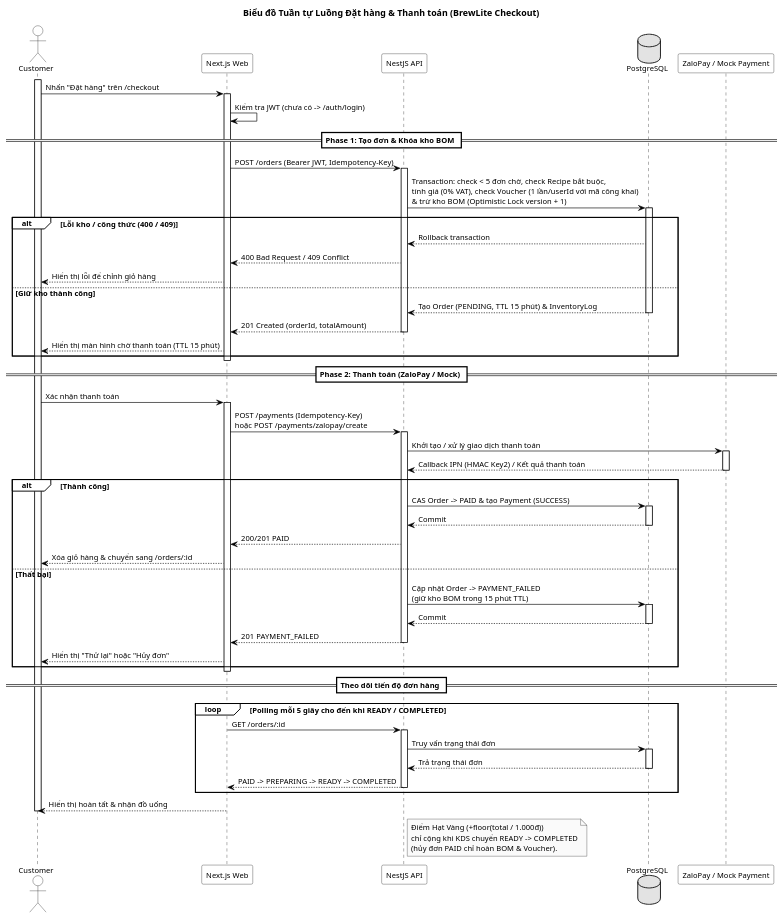
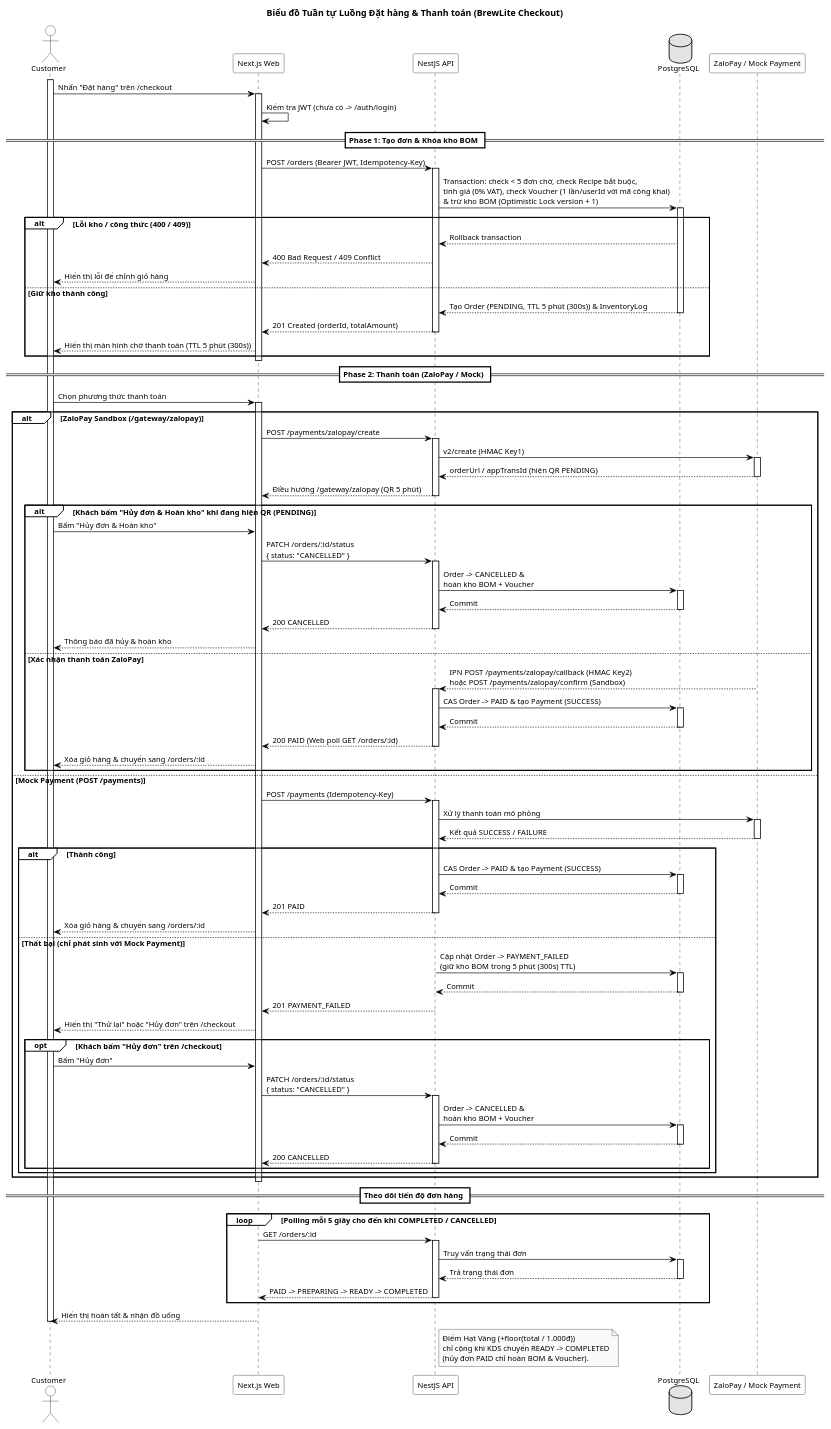
One commit to MaGiaVy/BrewLite_project changed the diagram in docs/diagrams/sequence-checkout.puml. Above: the diagram before and after it, drawn with PlantUML. The commit also changed 77 other files, not shown here.

Commit message:
fix(all): sync 5m TTL, state machine, ZaloPay cancel, voucher/admin fixes, UMLs & test logs

```diff
--- a/docs/diagrams/sequence-checkout.puml
+++ b/docs/diagrams/sequence-checkout.puml
@@ -1,109 +1,156 @@
 @startuml
 skinparam monochrome true
 skinparam shadowing false
 skinparam backgroundColor #FFFFFF
 skinparam defaultFontName "Arial"
 skinparam defaultFontSize 12
 skinparam ArrowColor #000000
 skinparam sequence {
   LifeLineBorderColor #000000
   LifeLineBorderThickness 1.5
   LifeLineBackgroundColor #FFFFFF
   ParticipantBorderColor #000000
   ParticipantBackgroundColor #FFFFFF
   ActorBorderColor #000000
   ActorBackgroundColor #FFFFFF
   DatabaseBorderColor #000000
   DatabaseBackgroundColor #FFFFFF
   GroupBorderColor #000000
   GroupBackgroundColor #FFFFFF
   GroupHeaderFontStyle bold
   DividerBackgroundColor #FFFFFF
   DividerBorderColor #000000
 }
 
 title Biểu đồ Tuần tự Luồng Đặt hàng & Thanh toán (BrewLite Checkout)
 
 actor "Customer" as Customer
 participant "Next.js Web" as Web
 participant "NestJS API" as API
 database "PostgreSQL" as DB
 participant "ZaloPay / Mock Payment" as Gateway
 
 activate Customer
 Customer -> Web : Nhấn "Đặt hàng" trên /checkout
 activate Web
 Web -> Web : Kiểm tra JWT (chưa có -> /auth/login)
 
 == Phase 1: Tạo đơn & Khóa kho BOM ==
 
 Web -> API : POST /orders (Bearer JWT, Idempotency-Key)
 activate API
 API -> DB : Transaction: check < 5 đơn chờ, check Recipe bắt buộc,\ntính giá (0% VAT), check Voucher (1 lần/userId với mã công khai)\n& trừ kho BOM (Optimistic Lock version + 1)
 activate DB
 
 alt Lỗi kho / công thức (400 / 409)
   DB --> API : Rollback transaction
   API --> Web : 400 Bad Request / 409 Conflict
   Web --> Customer : Hiển thị lỗi để chỉnh giỏ hàng
 else Giữ kho thành công
-  DB --> API : Tạo Order (PENDING, TTL 15 phút) & InventoryLog
+  DB --> API : Tạo Order (PENDING, TTL 5 phút (300s)) & InventoryLog
   deactivate DB
   API --> Web : 201 Created (orderId, totalAmount)
   deactivate API
-  Web --> Customer : Hiển thị màn hình chờ thanh toán (TTL 15 phút)
+  Web --> Customer : Hiển thị màn hình chờ thanh toán (TTL 5 phút (300s))
 end
 deactivate Web
 
 == Phase 2: Thanh toán (ZaloPay / Mock) ==
 
-Customer -> Web : Xác nhận thanh toán
+Customer -> Web : Chọn phương thức thanh toán
 activate Web
-Web -> API : POST /payments (Idempotency-Key)\nhoặc POST /payments/zalopay/create
-activate API
-API -> Gateway : Khởi tạo / xử lý giao dịch thanh toán
-activate Gateway
-Gateway --> API : Callback IPN (HMAC Key2) / Kết quả thanh toán
-deactivate Gateway
 
-alt Thành công
-  API -> DB : CAS Order -> PAID & tạo Payment (SUCCESS)
-  activate DB
-  DB --> API : Commit
-  deactivate DB
-  API --> Web : 200/201 PAID
-  Web --> Customer : Xóa giỏ hàng & chuyển sang /orders/:id
-else Thất bại
-  API -> DB : Cập nhật Order -> PAYMENT_FAILED\n(giữ kho BOM trong 15 phút TTL)
-  activate DB
-  DB --> API : Commit
-  deactivate DB
-  API --> Web : 201 PAYMENT_FAILED
+alt ZaloPay Sandbox (/gateway/zalopay)
+  Web -> API : POST /payments/zalopay/create
+  activate API
+  API -> Gateway : v2/create (HMAC Key1)
+  activate Gateway
+  Gateway --> API : orderUrl / appTransId (hiện QR PENDING)
+  deactivate Gateway
+  API --> Web : Điều hướng /gateway/zalopay (QR 5 phút)
   deactivate API
-  Web --> Customer : Hiển thị "Thử lại" hoặc "Hủy đơn"
+
+  alt Khách bấm "Hủy đơn & Hoàn kho" khi đang hiện QR (PENDING)
+    Customer -> Web : Bấm "Hủy đơn & Hoàn kho"
+    Web -> API : PATCH /orders/:id/status\n{ status: "CANCELLED" }
+    activate API
+    API -> DB : Order -> CANCELLED &\nhoàn kho BOM + Voucher
+    activate DB
+    DB --> API : Commit
+    deactivate DB
+    API --> Web : 200 CANCELLED
+    deactivate API
+    Web --> Customer : Thông báo đã hủy & hoàn kho
+  else Xác nhận thanh toán ZaloPay
+    Gateway --> API : IPN POST /payments/zalopay/callback (HMAC Key2)\nhoặc POST /payments/zalopay/confirm (Sandbox)
+    activate API
+    API -> DB : CAS Order -> PAID & tạo Payment (SUCCESS)
+    activate DB
+    DB --> API : Commit
+    deactivate DB
+    API --> Web : 200 PAID (Web poll GET /orders/:id)
+    deactivate API
+    Web --> Customer : Xóa giỏ hàng & chuyển sang /orders/:id
+  end
+else Mock Payment (POST /payments)
+  Web -> API : POST /payments (Idempotency-Key)
+  activate API
+  API -> Gateway : Xử lý thanh toán mô phỏng
+  activate Gateway
+  Gateway --> API : Kết quả SUCCESS / FAILURE
+  deactivate Gateway
+
+  alt Thành công
+    API -> DB : CAS Order -> PAID & tạo Payment (SUCCESS)
+    activate DB
+    DB --> API : Commit
+    deactivate DB
+    API --> Web : 201 PAID
+    deactivate API
+    Web --> Customer : Xóa giỏ hàng & chuyển sang /orders/:id
+  else Thất bại (chỉ phát sinh với Mock Payment)
+    API -> DB : Cập nhật Order -> PAYMENT_FAILED\n(giữ kho BOM trong 5 phút (300s) TTL)
+    activate DB
+    DB --> API : Commit
+    deactivate DB
+    API --> Web : 201 PAYMENT_FAILED
+    deactivate API
+    Web --> Customer : Hiển thị "Thử lại" hoặc "Hủy đơn" trên /checkout
+    opt Khách bấm "Hủy đơn" trên /checkout
+      Customer -> Web : Bấm "Hủy đơn"
+      Web -> API : PATCH /orders/:id/status\n{ status: "CANCELLED" }
+      activate API
+      API -> DB : Order -> CANCELLED &\nhoàn kho BOM + Voucher
+      activate DB
+      DB --> API : Commit
+      deactivate DB
+      API --> Web : 200 CANCELLED
+      deactivate API
+    end
+  end
 end
 deactivate Web
 
 == Theo dõi tiến độ đơn hàng ==
 
 activate Web
-loop Polling mỗi 5 giây cho đến khi READY / COMPLETED
+loop Polling mỗi 5 giây cho đến khi COMPLETED / CANCELLED
   Web -> API : GET /orders/:id
   activate API
   API -> DB : Truy vấn trạng thái đơn
   activate DB
   DB --> API : Trả trạng thái đơn
   deactivate DB
   API --> Web : PAID -> PREPARING -> READY -> COMPLETED
   deactivate API
 end
 Web --> Customer : Hiển thị hoàn tất & nhận đồ uống
 deactivate Web
 deactivate Customer
 note right of API
   Điểm Hạt Vàng (+floor(total / 1.000đ))
   chỉ cộng khi KDS chuyển READY -> COMPLETED
   (hủy đơn PAID chỉ hoàn BOM & Voucher).
 end note
 
 @enduml
```
